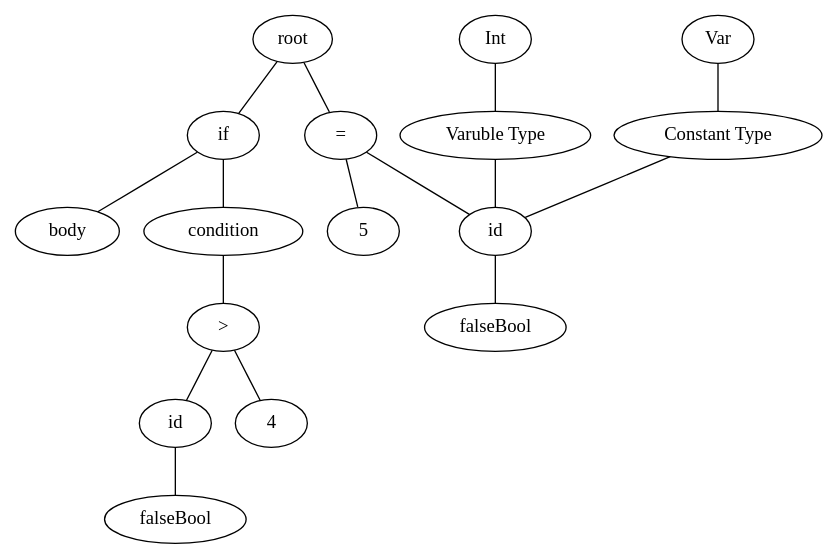
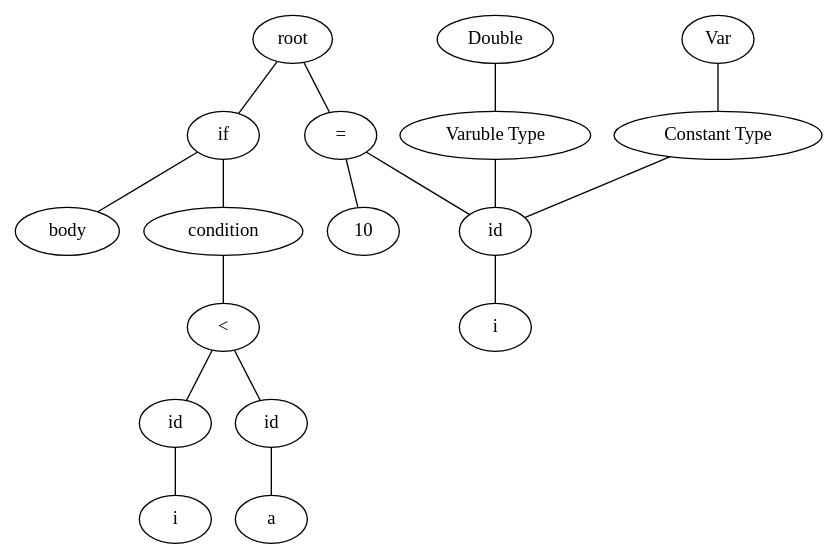
Before and after one commit to TAIIOK/SwiftCompilerToJavaByteCode: the diagram in build/file.dot, drawn with Graphviz. The commit also changed 7 other files, not shown here.

```diff
--- a/build/file.dot
+++ b/build/file.dot
@@ -1,32 +1,34 @@
 graph graphname {
 root;
 assign0[label = "="];
 root--assign0;
 expr0[label = "id"];
 assign0--expr0;
 type0[label = "Varuble Type"];
 type0--expr0;
-type1[label = "Int"];
+type1[label = "Double"];
 type1--type0;
 consttype0[label = "Constant Type"];
 consttype0--expr0;
 consttype1[label = "Var"];
 consttype1--consttype0;
-expr1[label = "falseBool"];
+expr1[label = "i"];
 expr0--expr1;
-expr2[label = "5"];
+expr2[label = "10"];
 assign0--expr2;
 if0[label = "if"];
 root--if0;if0condition[label = " condition "];
 if0 -- if0condition;
-expr3[label = ">"];
+expr3[label = "<"];
 if0condition--expr3;
 expr4[label = "id"];
 expr3--expr4;
-expr5[label = "falseBool"];
+expr5[label = "i"];
 expr4--expr5;
-expr6[label = "4"];
+expr6[label = "id"];
 expr3--expr6;
+expr7[label = "a"];
+expr6--expr7;
 if0body[label = " body "];
 if0 -- if0body;
 }
```
